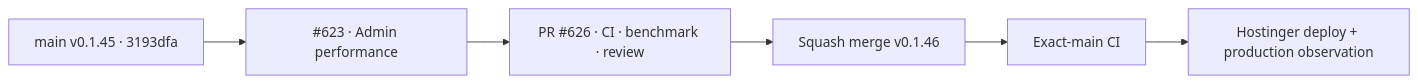
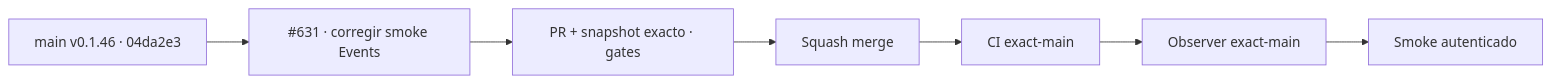
Before and after one commit to pl0n3r/brvtal: the diagram in README.md, drawn with Mermaid. The commit also changed other lines of this file and 1 other file, not shown here.

First line of the commit message:
test(production): align Events smoke with canonical Admin (v0.1.46) (#632)

````diff
--- a/README.md
+++ b/README.md
@@ -52,8 +48,9 @@
 ```mermaid
 flowchart LR
- B["main v0.1.45 · 3193dfa"] --> S["#623 · Admin performance"]
- S --> P["PR #626 · CI · benchmark · review"]
- P --> M["Squash merge v0.1.46"]
- M --> X["Exact-main CI"]
- X --> D["Hostinger deploy + production observation"]
+ B["main v0.1.46 · 04da2e3"] --> I["#631 · corregir smoke Events"]
+ I --> P["PR + snapshot exacto · gates"]
+ P --> M["Squash merge"]
+ M --> C["CI exact-main"]
+ C --> O["Observer exact-main"]
+ O --> S["Smoke autenticado"]
 ```
````
